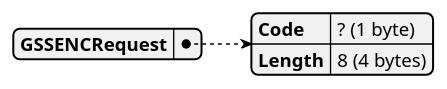
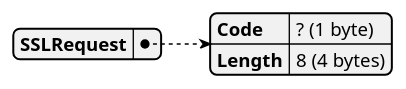
The sixth of 13 diagrams in docs/examples/exports/pagila-13-cancelrequest/capture.plantuml.pkt.md (xfischer/pg_protoexport), drawn with PlantUML before and after one commit. The commit also changed other lines of this file and 135 other files, not shown here.

````diff
--- a/docs/examples/exports/pagila-13-cancelrequest/capture.plantuml.pkt.md
+++ b/docs/examples/exports/pagila-13-cancelrequest/capture.plantuml.pkt.md
@@ -77,10 +77,10 @@
 ```plantuml
 @startjson
 {
-  "GSSENCRequest": {
+  "SSLRequest": {
     "Code": "? (1 byte)",
     "Length": "8 (4 bytes)"
   }
 }
 @endjson
 ```
````
